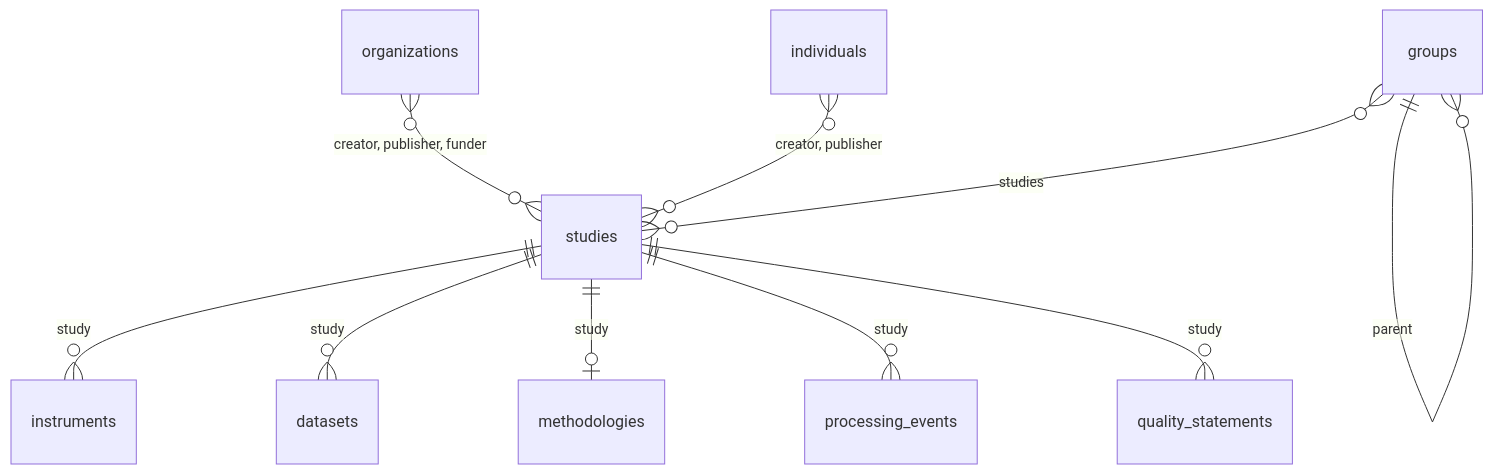
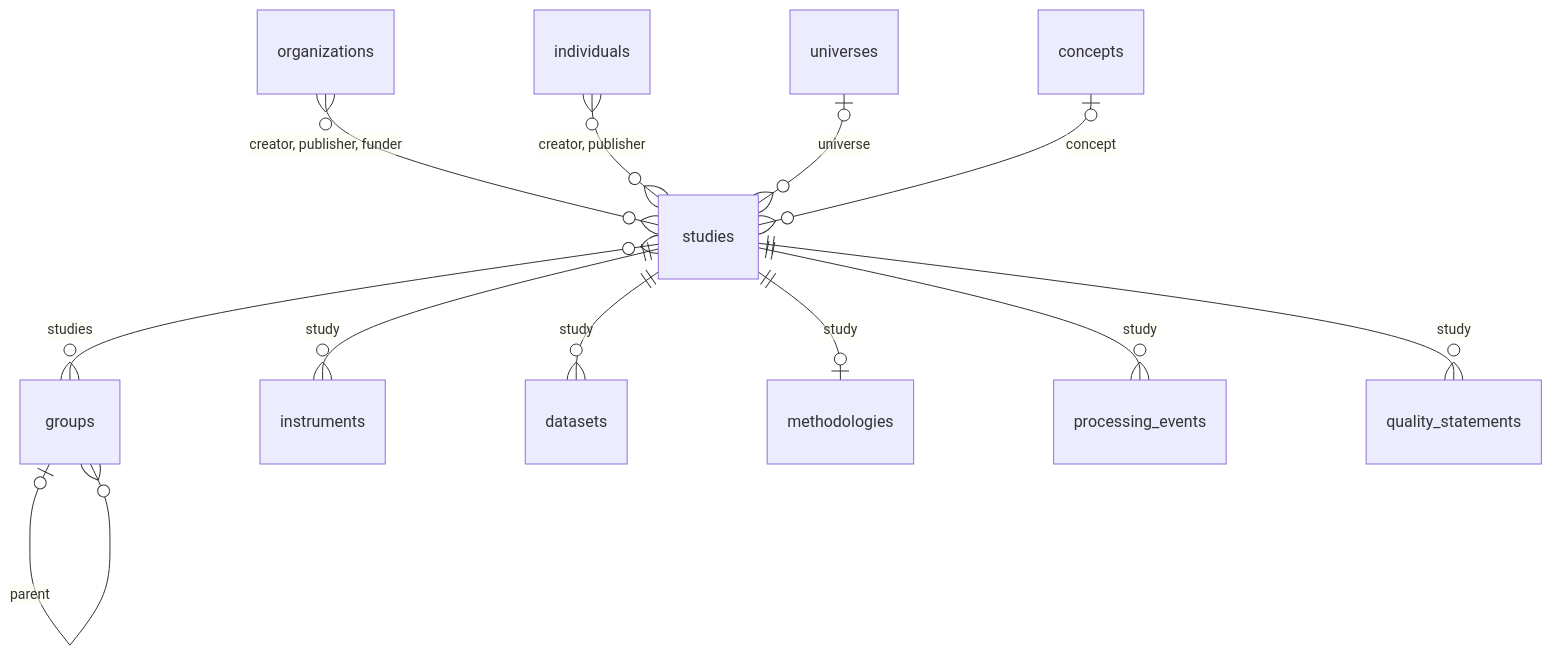
One commit to pbisson44/ddi-l changed the fifth of 6 diagrams in docs/spreadsheet-import.en.md. Above: the diagram before and after it, drawn with Mermaid. The commit also changed other lines of this file and 597 other files, not shown here.

````diff
--- a/docs/spreadsheet-import.en.md
+++ b/docs/spreadsheet-import.en.md
@@ -95,12 +133,14 @@
 ```mermaid
 erDiagram
-    groups }o--o{ studies : "studies"
-    groups ||--o{ groups : "parent"
+    studies }o--o{ groups : "studies"
+    groups |o--o{ groups : "parent"
     organizations }o--o{ studies : "creator, publisher, funder"
     individuals }o--o{ studies : "creator, publisher"
+    universes |o--o{ studies : "universe"
+    concepts |o--o{ studies : "concept"
     studies ||--o{ instruments : "study"
     studies ||--o{ datasets : "study"
     studies ||--o| methodologies : "study"
     studies ||--o{ processing_events : "study"
     studies ||--o{ quality_statements : "study"
 ```
````
